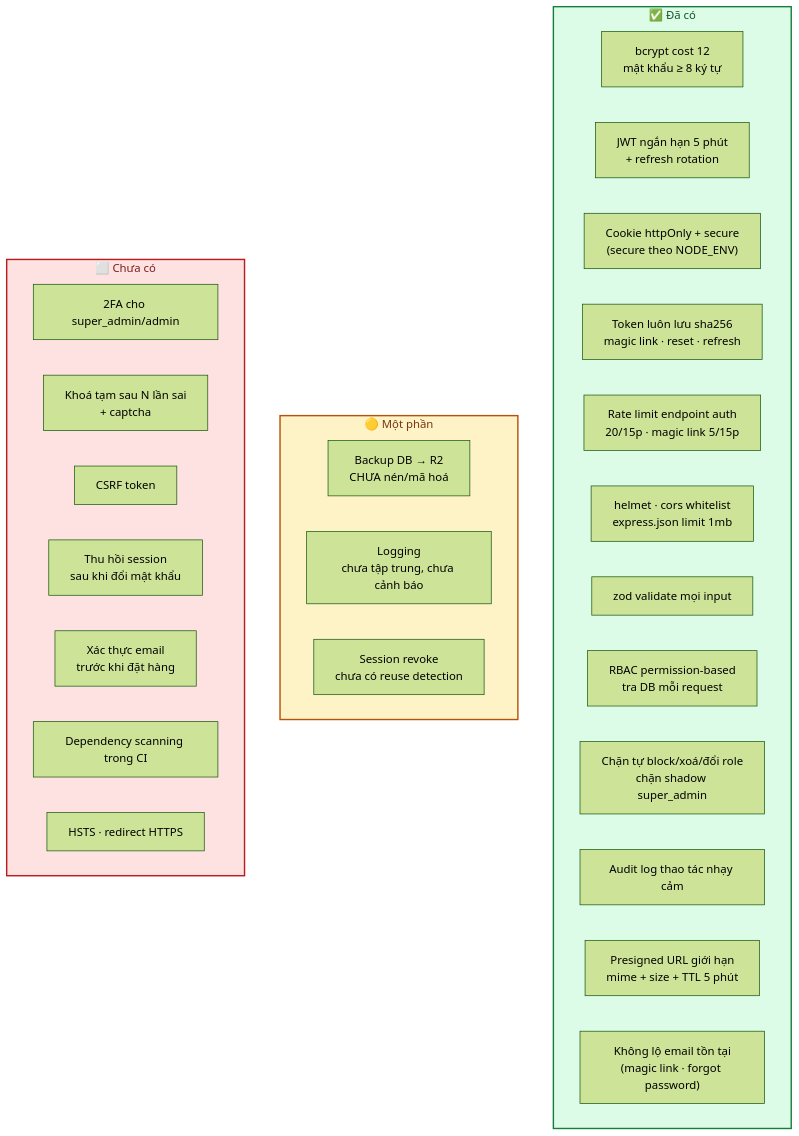
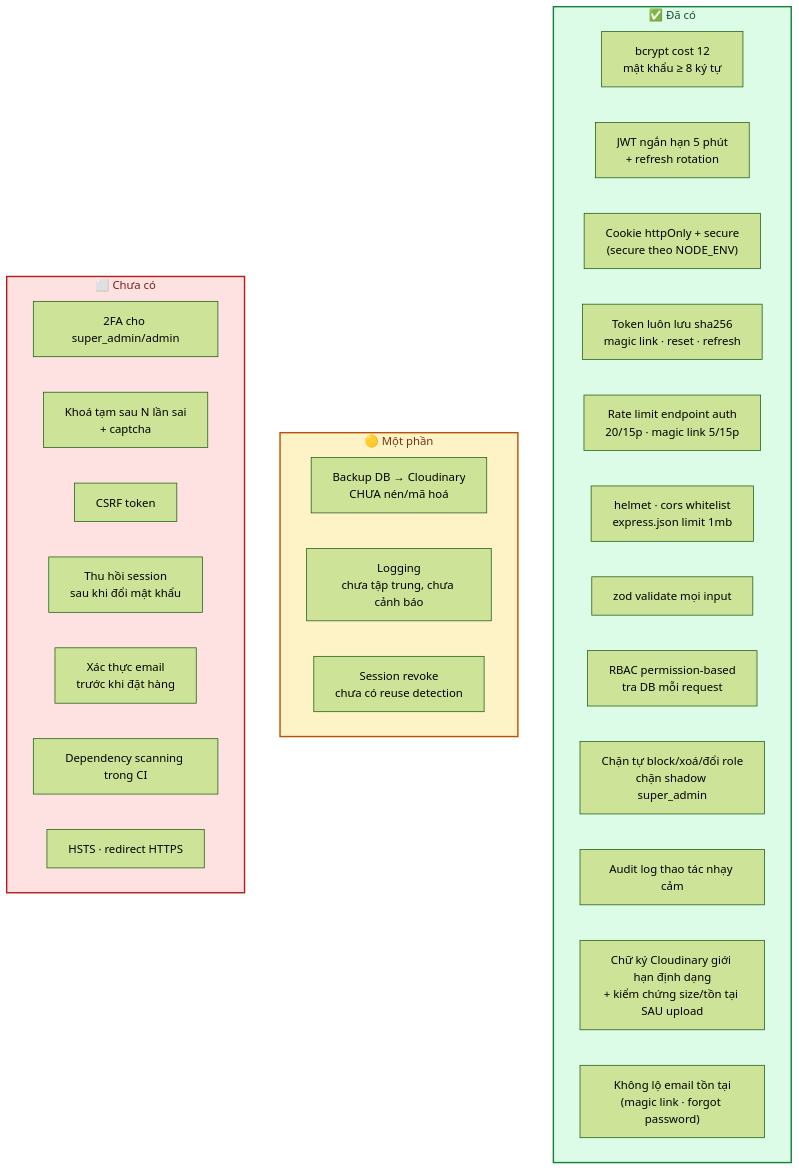
One commit to Hungvu0712/FLOWER changed the diagram in docs/07-bao-mat.md. Above: the diagram before and after it, drawn with Mermaid (forest theme). The commit also changed other lines of this file and 40 other files, not shown here.

````diff
--- a/docs/07-bao-mat.md
+++ b/docs/07-bao-mat.md
@@ -13,37 +13,37 @@
 ```mermaid
 flowchart TB
     subgraph DONE["✅ Đã có"]
         D1["bcrypt cost 12<br/>mật khẩu ≥ 8 ký tự"]
         D2["JWT ngắn hạn 5 phút<br/>+ refresh rotation"]
         D3["Cookie httpOnly + secure<br/>(secure theo NODE_ENV)"]
         D4["Token luôn lưu sha256<br/>magic link · reset · refresh"]
         D5["Rate limit endpoint auth<br/>20/15p · magic link 5/15p"]
         D6["helmet · cors whitelist<br/>express.json limit 1mb"]
         D7["zod validate mọi input"]
         D8["RBAC permission-based<br/>tra DB mỗi request"]
         D9["Chặn tự block/xoá/đổi role<br/>chặn shadow super_admin"]
         D10["Audit log thao tác nhạy cảm"]
-        D11["Presigned URL giới hạn<br/>mime + size + TTL 5 phút"]
+        D11["Chữ ký Cloudinary giới hạn định dạng<br/>+ kiểm chứng size/tồn tại SAU upload"]
         D12["Không lộ email tồn tại<br/>(magic link · forgot password)"]
     end
 
     subgraph PARTIAL["🟡 Một phần"]
-        P1["Backup DB → R2<br/>CHƯA nén/mã hoá"]
+        P1["Backup DB → Cloudinary<br/>CHƯA nén/mã hoá"]
         P2["Logging<br/>chưa tập trung, chưa cảnh báo"]
         P3["Session revoke<br/>chưa có reuse detection"]
     end
 
     subgraph TODO["⬜ Chưa có"]
         T1["2FA cho super_admin/admin"]
         T2["Khoá tạm sau N lần sai<br/>+ captcha"]
         T3["CSRF token"]
         T4["Thu hồi session<br/>sau khi đổi mật khẩu"]
         T5["Xác thực email<br/>trước khi đặt hàng"]
         T6["Dependency scanning trong CI"]
         T7["HSTS · redirect HTTPS"]
     end
 
     style DONE fill:#dcfce7,stroke:#15803d,stroke-width:2px,color:#14532d
     style PARTIAL fill:#fef3c7,stroke:#b45309,stroke-width:2px,color:#78350f
     style TODO fill:#fee2e2,stroke:#b91c1c,stroke-width:2px,color:#7f1d1d
 ```
````
